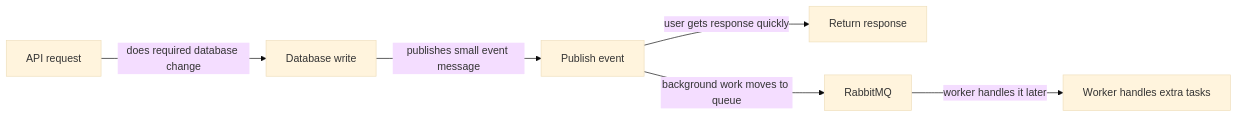
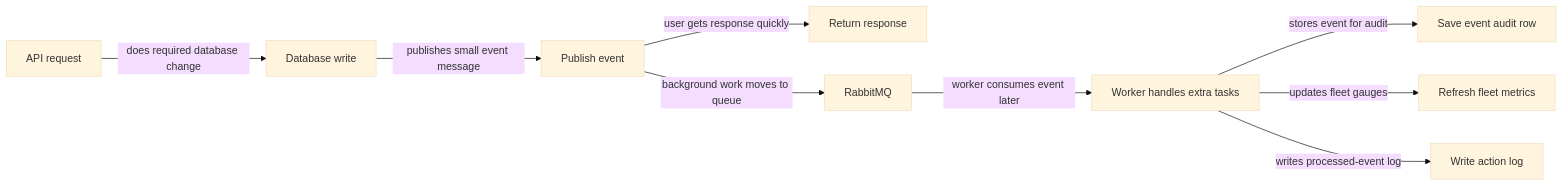
Before and after one commit to YonatanMoshes/Rental: the ninth of 15 diagrams in README.md, drawn with Mermaid (base theme). The commit also changed other lines of this file and 7 other files, not shown here.

````diff
--- a/README.md
+++ b/README.md
@@ -485,15 +469,21 @@
 ```mermaid
 flowchart LR
     API["API request"]
     Work1["Database write"]
     Publish["Publish event"]
     Response["Return response"]
     Queue["RabbitMQ"]
     Worker["Worker handles extra tasks"]
+    Audit["Save event audit row"]
+    Metrics["Refresh fleet metrics"]
+    Logs["Write action log"]
 
     API -->|"does required database change"| Work1
     Work1 -->|"publishes small event message"| Publish
     Publish -->|"user gets response quickly"| Response
     Publish -->|"background work moves to queue"| Queue
-    Queue -->|"worker handles it later"| Worker
+    Queue -->|"worker consumes event later"| Worker
+    Worker -->|"stores event for audit"| Audit
+    Worker -->|"updates fleet gauges"| Metrics
+    Worker -->|"writes processed-event log"| Logs
 ```
````
